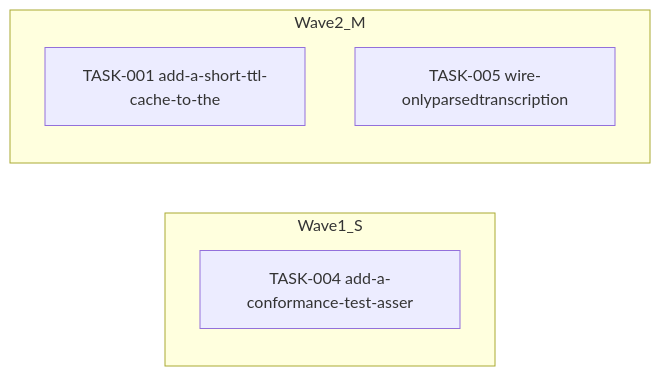
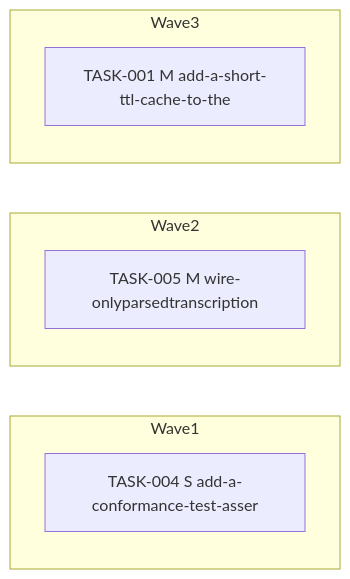
Before and after one commit to falkcorp/audiobook-organizer: the diagram in docs/agent-tasks/todo-completion-2026-09/audiobooks/orchestration.md, drawn with Mermaid. The commit also changed other lines of this file and 270 other files, not shown here.

````diff
--- a/docs/agent-tasks/todo-completion-2026-09/audiobooks/orchestration.md
+++ b/docs/agent-tasks/todo-completion-2026-09/audiobooks/orchestration.md
@@ -10,10 +10,12 @@
 ```mermaid
 flowchart LR
-    subgraph Wave1_S
-      TASK004[TASK-004 add-a-conformance-test-asser]
+    subgraph Wave1
+      TASK004[TASK-004 S add-a-conformance-test-asser]
     end
-    subgraph Wave2_M
-      TASK001[TASK-001 add-a-short-ttl-cache-to-the]
-      TASK005[TASK-005 wire-onlyparsedtranscription]
+    subgraph Wave2
+      TASK005[TASK-005 M wire-onlyparsedtranscription]
+    end
+    subgraph Wave3
+      TASK001[TASK-001 M add-a-short-ttl-cache-to-the]
     end
 ```
````
